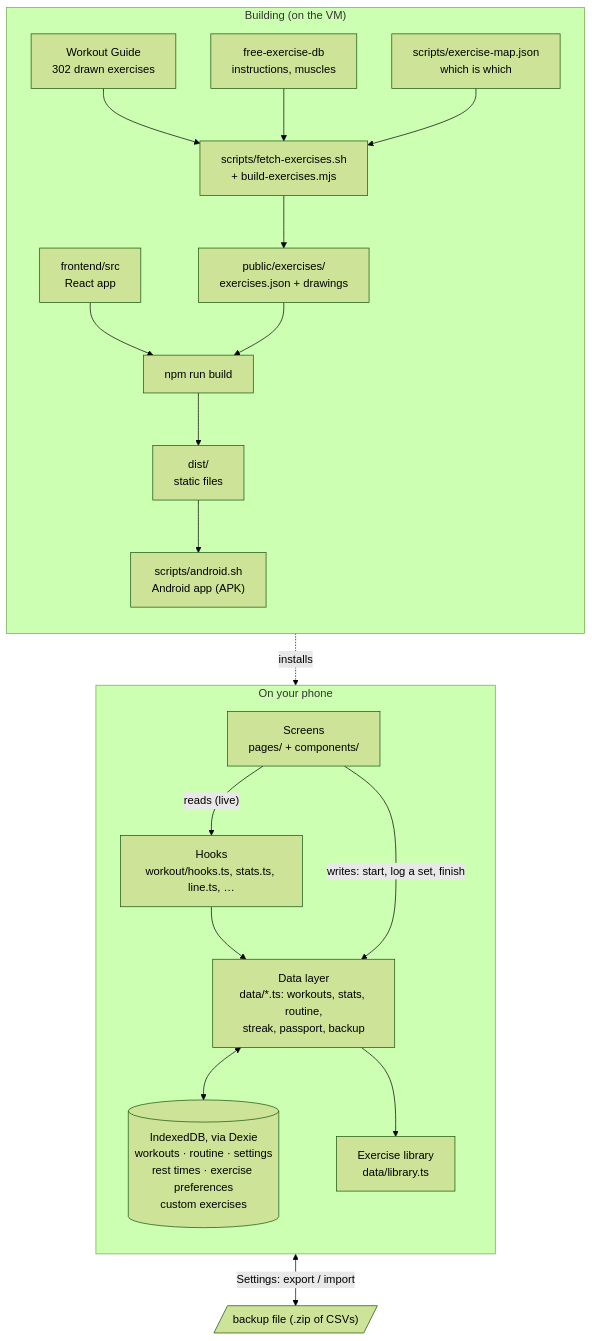
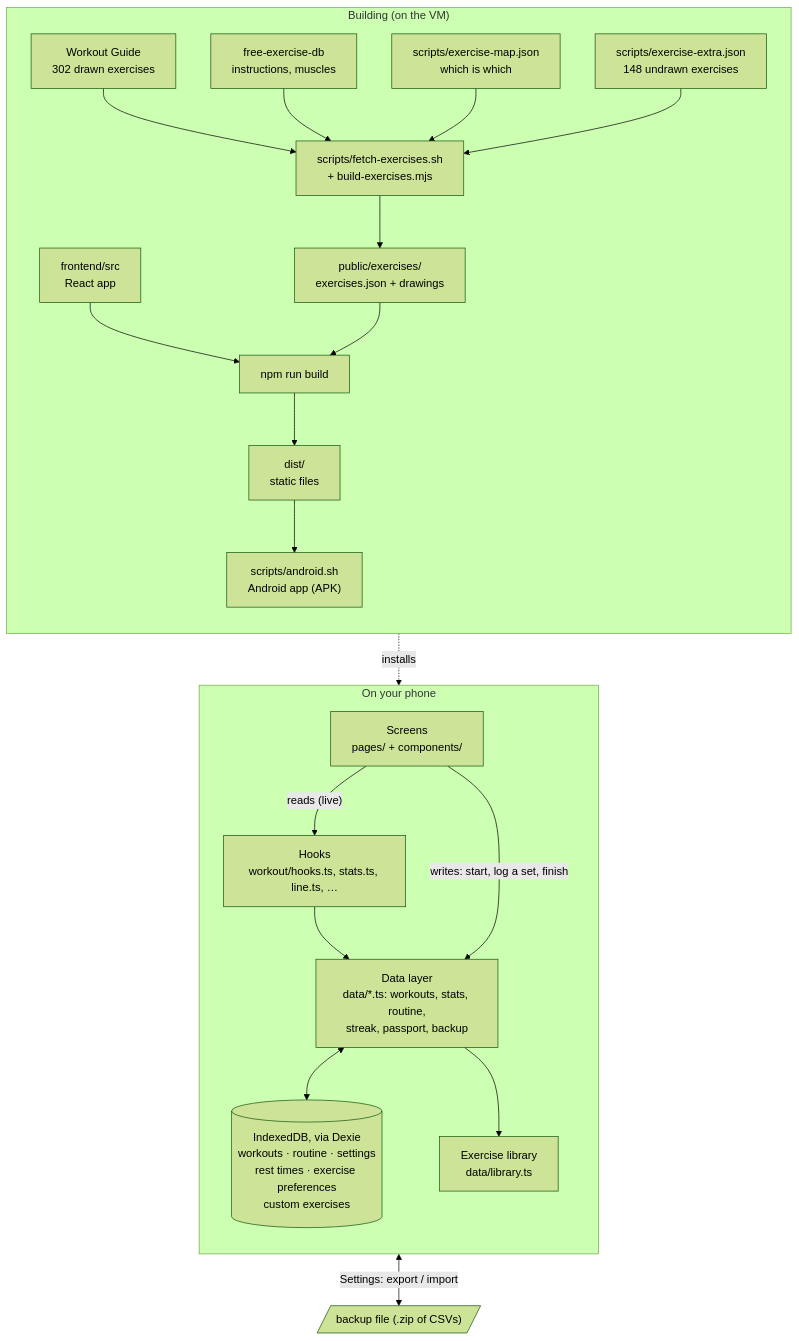
One commit to Wijnandvdm/gains-train changed the first of 3 diagrams in docs/how-it-works.md. Above: the diagram before and after it, drawn with Mermaid (forest theme). The commit also changed 21 other files, not shown here.

````diff
--- a/docs/how-it-works.md
+++ b/docs/how-it-works.md
@@ -11,31 +11,32 @@
 ```mermaid
 flowchart TB
   subgraph build["Building (on the VM)"]
     direction TB
     WG["Workout Guide<br/>302 drawn exercises"] --> BX["scripts/fetch-exercises.sh<br/>+ build-exercises.mjs"]
     FED["free-exercise-db<br/>instructions, muscles"] --> BX
     MAP["scripts/exercise-map.json<br/>which is which"] --> BX
+    EXTRA["scripts/exercise-extra.json<br/>148 undrawn exercises"] --> BX
     BX --> LIB["public/exercises/<br/>exercises.json + drawings"]
     SRC["frontend/src<br/>React app"] --> VITE["npm run build"]
     LIB --> VITE
     VITE --> DIST["dist/<br/>static files"]
     DIST --> APK["scripts/android.sh<br/>Android app (APK)"]
   end
 
   subgraph phone["On your phone"]
     direction TB
     UI["Screens<br/>pages/ + components/"]
     HOOKS["Hooks<br/>workout/hooks.ts, stats.ts, line.ts, …"]
     DATA["Data layer<br/>data/*.ts: workouts, stats, routine,<br/>streak, passport, backup"]
     DB[("IndexedDB, via Dexie<br/>workouts · routine · settings<br/>rest times · exercise preferences<br/>custom exercises")]
     LIBC["Exercise library<br/>data/library.ts"]
     UI -- "reads (live)" --> HOOKS
     HOOKS --> DATA
     UI -- "writes: start, log a set, finish" --> DATA
     DATA <--> DB
     DATA --> LIBC
   end
 
   APK -. installs .-> phone
   DATA <-- "Settings: export / import" --> BACKUP[/"backup file (.zip of CSVs)"/]
 ```
````
